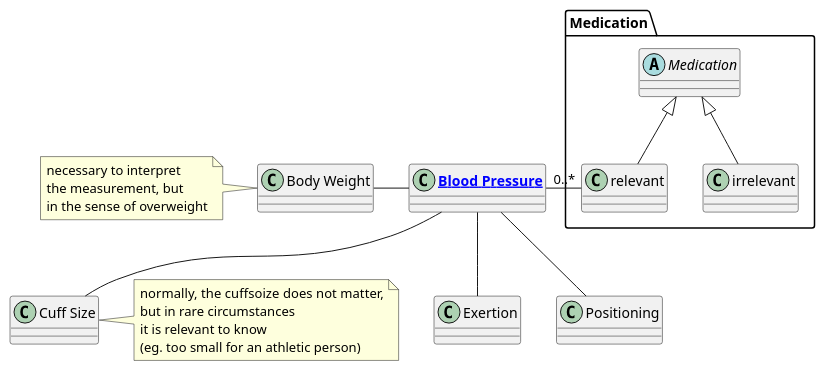
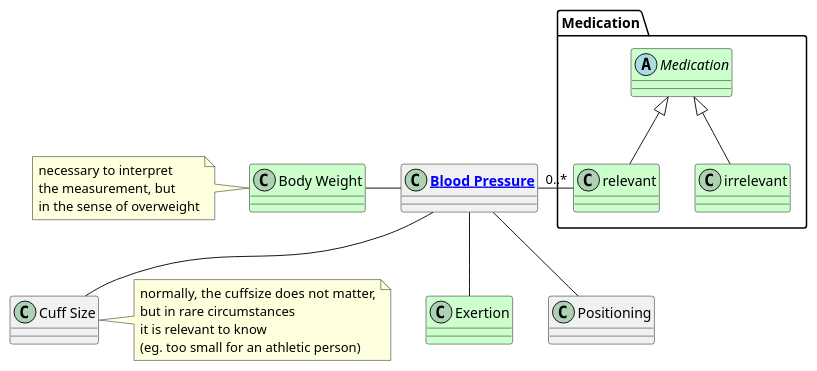
Before and after one commit to frankoemig/bloodpressure: the diagram in input/images-source/interpretation_model.plantuml, drawn with PlantUML. The commit also changed 16 other files, not shown here.

```diff
--- a/input/images-source/interpretation_model.plantuml
+++ b/input/images-source/interpretation_model.plantuml
@@ -1,40 +1,40 @@
 @startuml
 
 class "**[[StructureDefinition-BloodPressure.html Blood Pressure]]**" as bp {
 }
 
-class "Body Weight" as bw
+class "Body Weight" as bw #cfc
 Note left of bw
 necessary to interpret
 the measurement, but 
 in the sense of overweight
 end Note
 
 package "Medication" as pkg1 {
 
-    abstract class "Medication" as med
+    abstract class "Medication" as med #cfc
 
-    class "relevant" as relevant
-    class "irrelevant" as irrelevant
+    class "relevant" as relevant #cfc
+    class "irrelevant" as irrelevant #cfc
 
     med <|-- relevant
     med <|-- irrelevant
 }
 
-class "Exertion" as ex
+class "Exertion" as ex #cfc
 class "Positioning" as pos
 class "Cuff Size" as cuffsize
 Note right of cuffsize
-normally, the cuffsoize does not matter,
+normally, the cuffsize does not matter,
 but in rare circumstances
 it is relevant to know
 (eg. too small for an athletic person)
 end Note
 
 bp -left- bw
 bp -right- "0..*" relevant
 bp -- ex
 bp -- pos
 bp -- cuffsize
 
 @enduml
```
